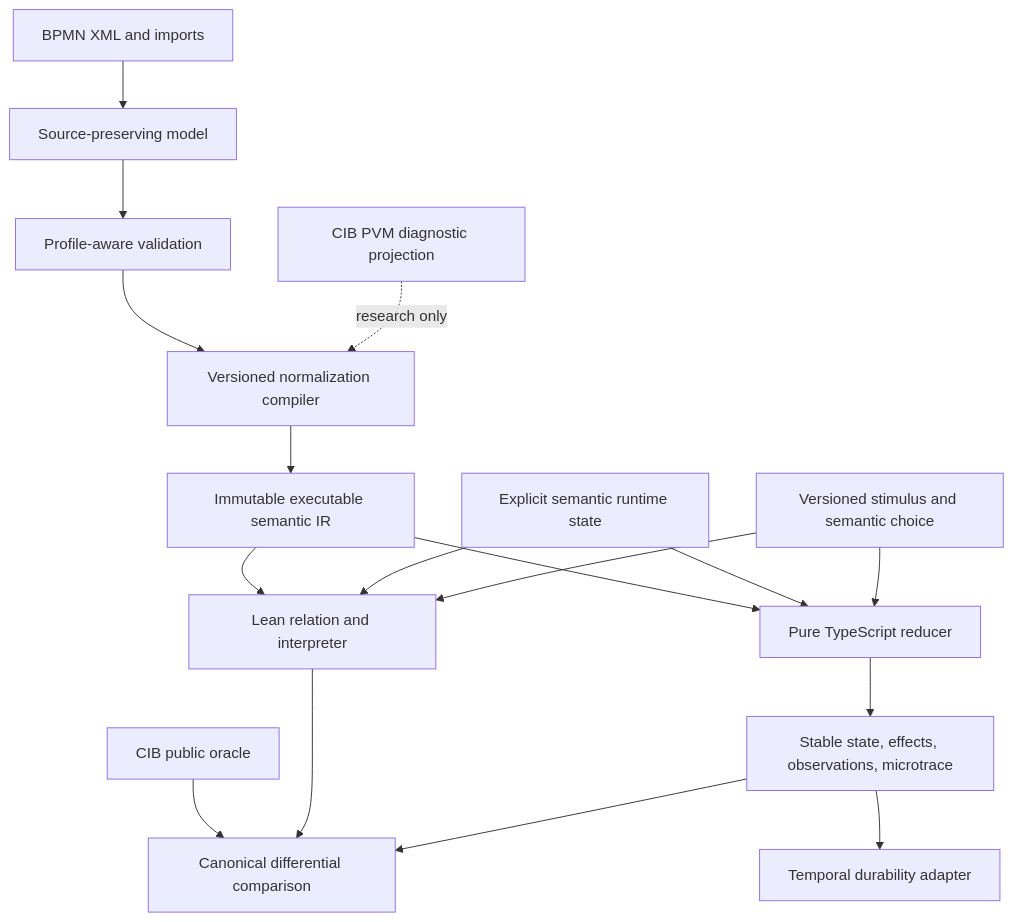
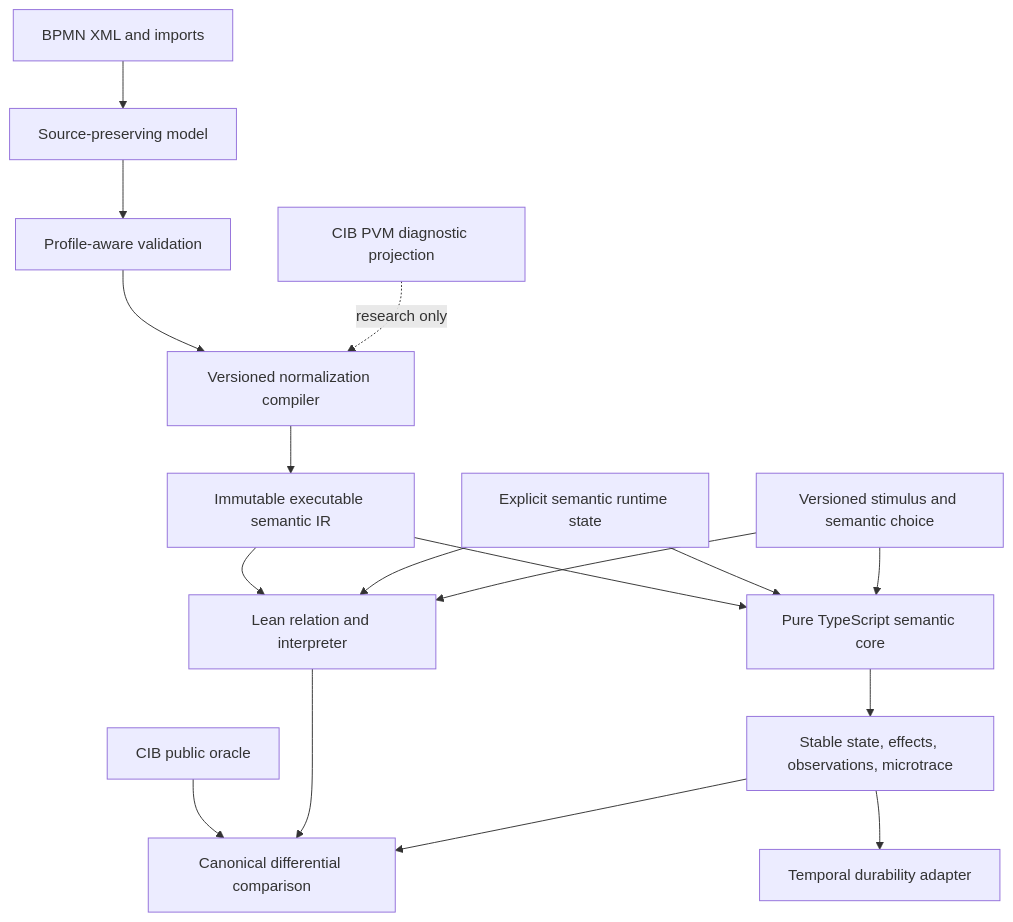
One commit to mbackschat/bpmn-lean-experiment changed the fourth of 4 diagrams in docs/research/SEMANTIC-REPRESENTATIONS.md. Above: the diagram before and after it, drawn with Mermaid. The commit also changed other lines of this file and 32 other files, not shown here.

````diff
--- a/docs/research/SEMANTIC-REPRESENTATIONS.md
+++ b/docs/research/SEMANTIC-REPRESENTATIONS.md
@@ -641,19 +641,19 @@
 ```mermaid
 flowchart TB
   XML[BPMN XML and imports] --> Source[Source-preserving model]
   Source --> Validate[Profile-aware validation]
   Validate --> Compile[Versioned normalization compiler]
   Compile --> IR[Immutable executable semantic IR]
   IR --> Lean[Lean relation and interpreter]
-  IR --> Reducer[Pure TypeScript reducer]
+  IR --> SemanticCore[Pure TypeScript semantic core]
   State[Explicit semantic runtime state] --> Lean
-  State --> Reducer
+  State --> SemanticCore
   Stimulus[Versioned stimulus and semantic choice] --> Lean
-  Stimulus --> Reducer
-  Reducer --> Result[Stable state, effects, observations, microtrace]
+  Stimulus --> SemanticCore
+  SemanticCore --> Result[Stable state, effects, observations, microtrace]
   Result --> Temporal[Temporal durability adapter]
   CIB[CIB public oracle] --> Compare[Canonical differential comparison]
   Lean --> Compare
   Result --> Compare
   CIBPVM[CIB PVM diagnostic projection] -. research only .-> Compile
 ```
````
